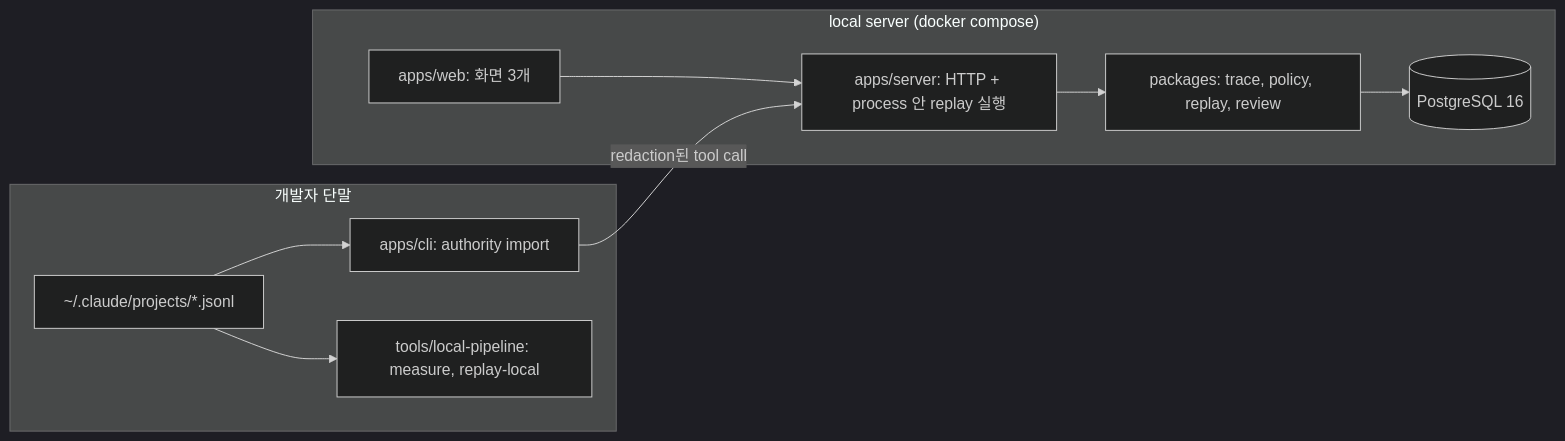
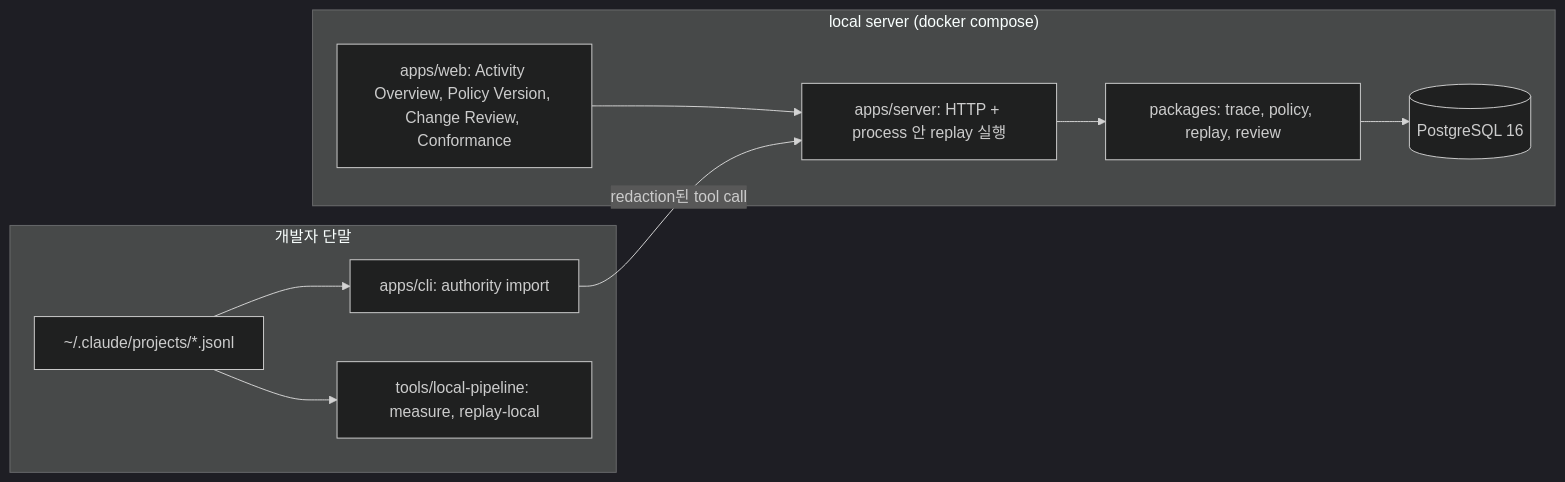
The first of 3 diagrams in docs/cutline.md (hsskey/authority-diff), drawn with Mermaid (dark theme) before and after one commit. The commit also changed other lines of this file and 8 other files, not shown here.

First line of the commit message:
docs: describe the first-policy adoption review and re-measure evidence on classifier 0.2.2

````diff
--- a/docs/cutline.md
+++ b/docs/cutline.md
@@ -128,13 +155,13 @@
 ```mermaid
 flowchart LR
     subgraph DEV["개발자 단말"]
         TR["~/.claude/projects/*.jsonl"] --> CLI["apps/cli: authority import"]
         TR --> LP["tools/local-pipeline: measure, replay-local"]
     end
     subgraph SRV["local server (docker compose)"]
-        WEB["apps/web: 화면 3개"] --> HTTP["apps/server: HTTP + process 안 replay 실행"]
+        WEB["apps/web: Activity Overview, Policy Version, Change Review, Conformance"] --> HTTP["apps/server: HTTP + process 안 replay 실행"]
         HTTP --> PKG["packages: trace, policy, replay, review"]
         PKG --> PG[("PostgreSQL 16")]
     end
     CLI -- "redaction된 tool call" --> HTTP
 ```
````
